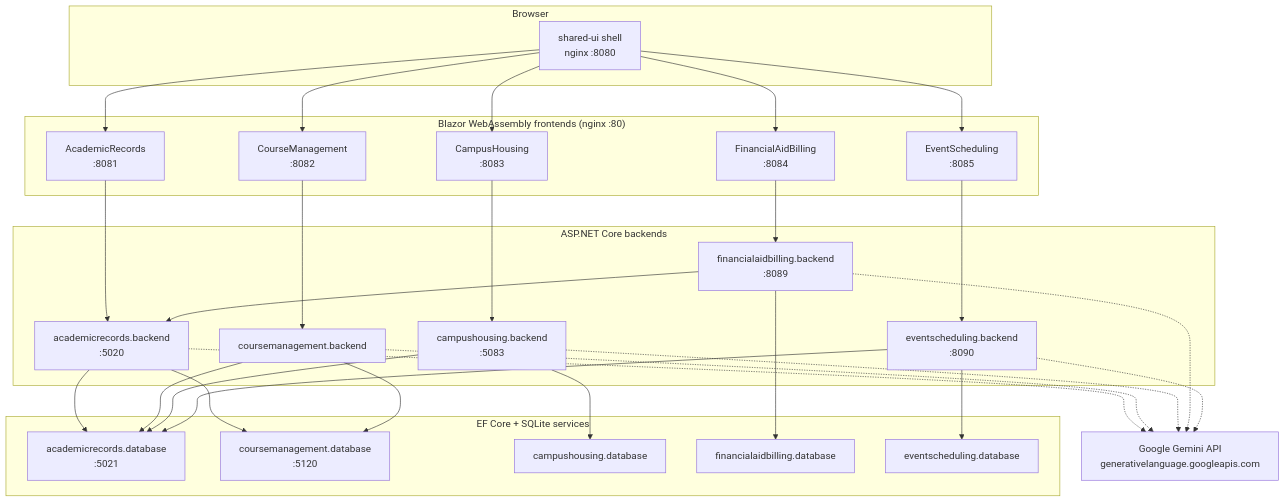
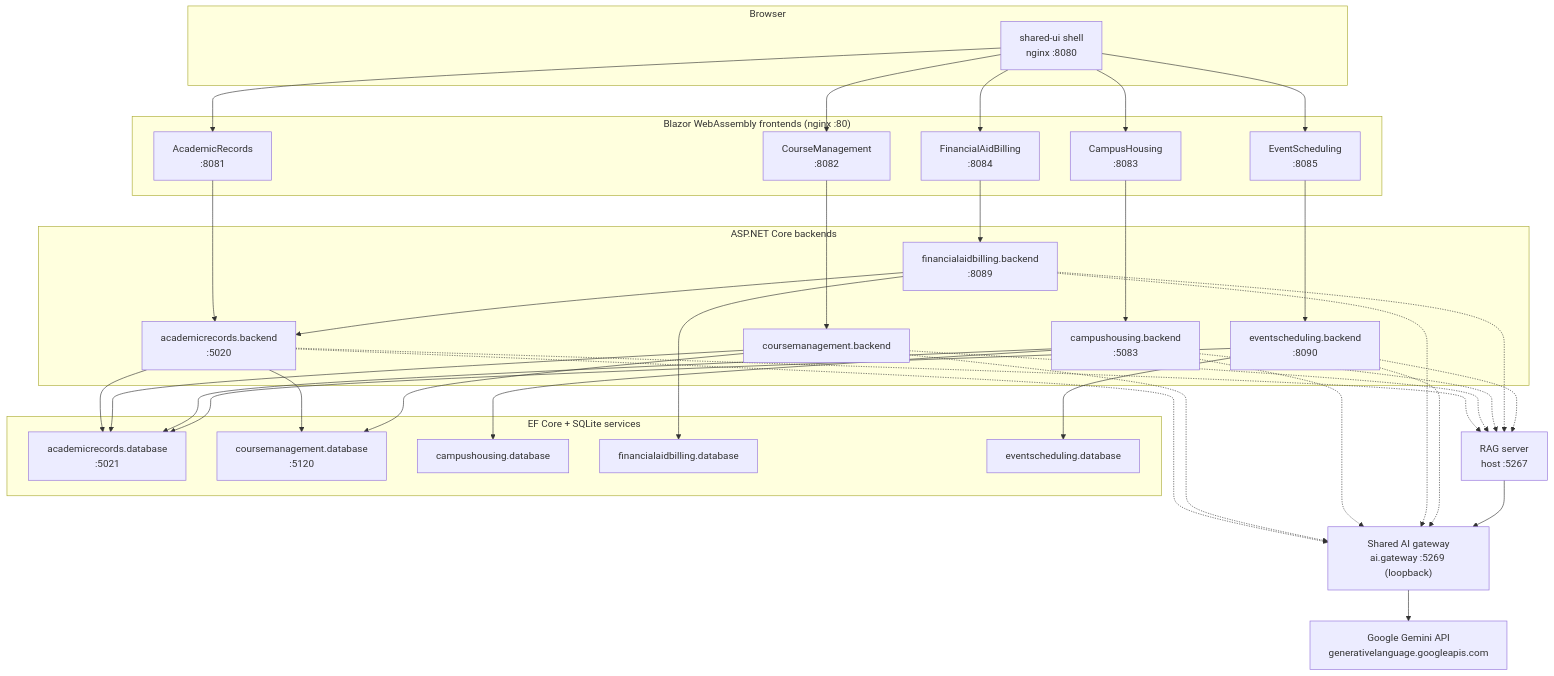
One commit to Valin-K/CampusPulseAI changed the first of 2 diagrams in docs/architecture/system-architecture.md. Above: the diagram before and after it, drawn with Mermaid. The commit also changed other lines of this file and 75 other files, not shown here.

````diff
--- a/docs/architecture/system-architecture.md
+++ b/docs/architecture/system-architecture.md
@@ -31,52 +31,57 @@
 ```mermaid
 flowchart TB
     subgraph Browser
         SHELL["shared-ui shell<br/>nginx :8080"]
     end
 
     subgraph Frontends["Blazor WebAssembly frontends (nginx :80)"]
         F1["AcademicRecords<br/>:8081"]
         F2["CourseManagement<br/>:8082"]
         F3["CampusHousing<br/>:8083"]
         F4["FinancialAidBilling<br/>:8084"]
         F5["EventScheduling<br/>:8085"]
     end
 
     subgraph Backends["ASP.NET Core backends"]
         B1["academicrecords.backend<br/>:5020"]
         B2["coursemanagement.backend"]
         B3["campushousing.backend<br/>:5083"]
         B4["financialaidbilling.backend<br/>:8089"]
         B5["eventscheduling.backend<br/>:8090"]
     end
 
     subgraph Databases["EF Core + SQLite services"]
         D1["academicrecords.database<br/>:5021"]
         D2["coursemanagement.database<br/>:5120"]
         D3["campushousing.database"]
         D4["financialaidbilling.database"]
         D5["eventscheduling.database"]
     end
 
+    AI["Shared AI gateway<br/>ai.gateway :5269 (loopback)"]
+    RAG["RAG server<br/>host :5267"]
     GEM["Google Gemini API<br/>generativelanguage.googleapis.com"]
 
     SHELL --> F1 & F2 & F3 & F4 & F5
     F1 --> B1
     F2 --> B2
     F3 --> B3
     F4 --> B4
     F5 --> B5
 
     B1 --> D1
     B1 --> D2
     B2 --> D2
     B2 --> D1
     B3 --> D3
     B3 --> D1
     B4 --> D4
     B4 --> B1
     B5 --> D5
     B5 --> D1
 
-    B1 & B2 & B3 & B4 & B5 -.-> GEM
+    B1 & B2 & B3 & B4 & B5 -.-> AI
+    B1 & B2 & B3 & B4 & B5 -.-> RAG
+    RAG --> AI
+    AI --> GEM
 ```
````
